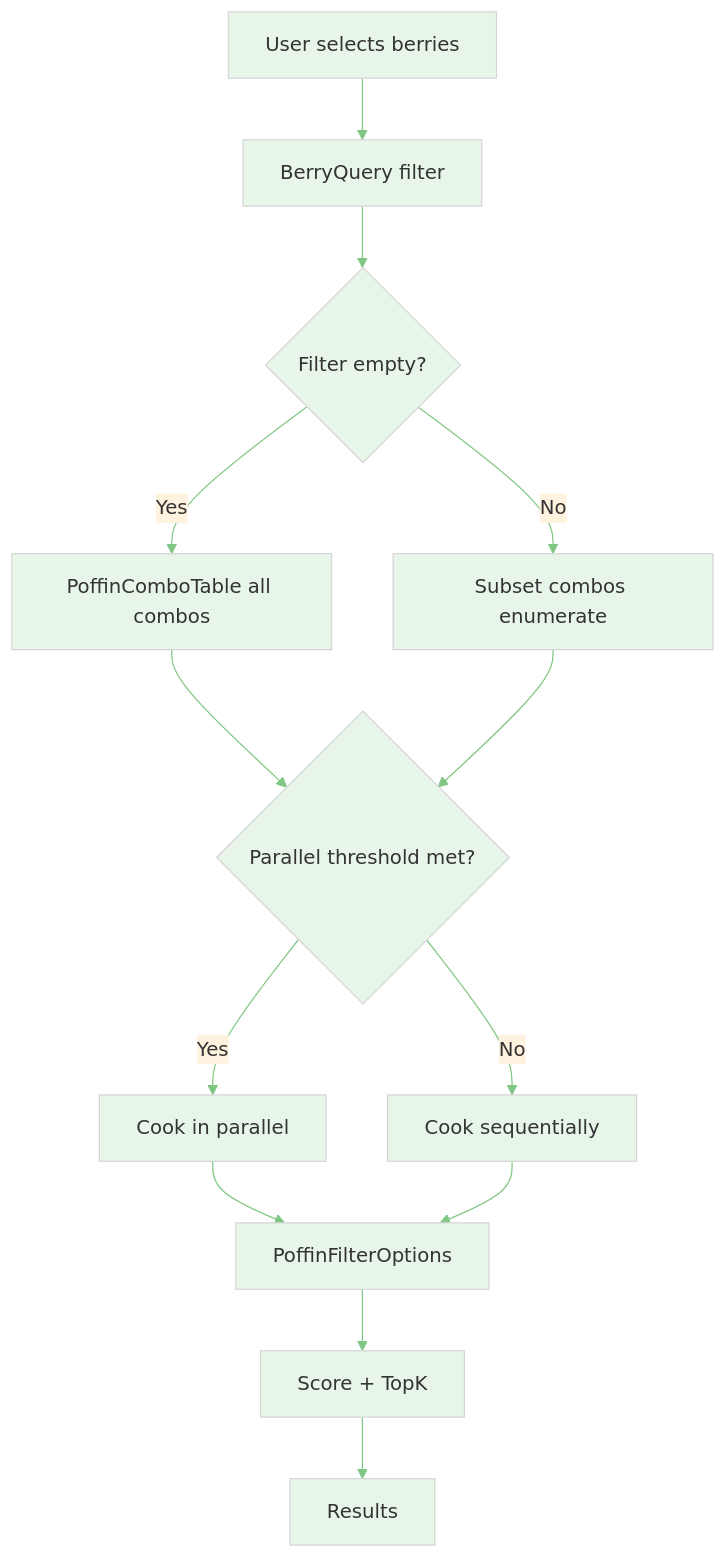
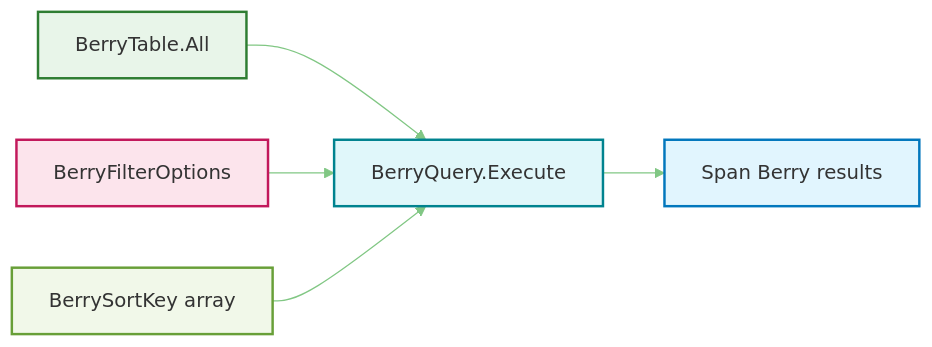
One commit to GlassToeStudio/BDSP changed the second of 4 diagrams in docs/API.Flows.md. Above: the diagram before and after it, drawn with Mermaid. The commit also changed other lines of this file, not shown here.

Commit message:
colorize and arrange diagram.

````diff
--- a/docs/API.Flows.md
+++ b/docs/API.Flows.md
@@ -19,17 +26,15 @@
 ```mermaid
 %%{init: {'theme':'base', 'themeVariables': { 'primaryColor':'#e8f5e9','secondaryColor':'#fff3e0','tertiaryColor':'#e1f5fe', 'lineColor':'#81c784'}, 'themeCSS': '.flowchart-link { stroke-width: 2.5px !important; }'}}%%
 
-flowchart TD
-    A[User selects berries] --> B[BerryQuery filter]
-    B --> C{Filter empty?}
-    C -->|Yes| D[PoffinComboTable all combos]
-    C -->|No| E[Subset combos enumerate]
-    D --> F{Parallel threshold met?}
-    E --> F
-    F -->|Yes| G[Cook in parallel]
-    F -->|No| H[Cook sequentially]
-    G --> I[PoffinFilterOptions]
-    H --> I
-    I --> J[Score + TopK]
-    J --> K[Results]
+flowchart LR
+    A[BerryTable.All] --> B[BerryQuery.Execute]
+    C[BerryFilterOptions] --> B
+    D[BerrySortKey array] --> B
+    B --> E[Span Berry results]
+
+    style A fill:#e8f5e9,stroke:#2e7d32,stroke-width:2px
+    style B fill:#e0f7fa,stroke:#00838f,stroke-width:2px
+    style C fill:#fce4ec,stroke:#c2185b,stroke-width:2px
+    style D fill:#f1f8e9,stroke:#689f38,stroke-width:2px
+    style E fill:#e1f5fe,stroke:#0277bd,stroke-width:2px
 ```
````
